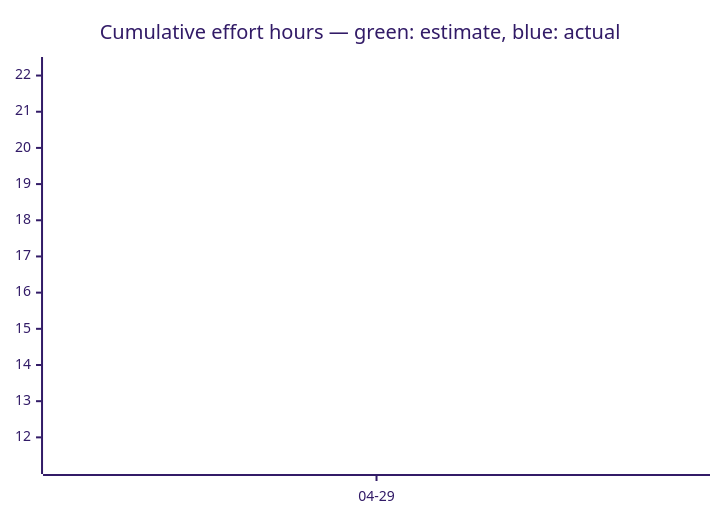
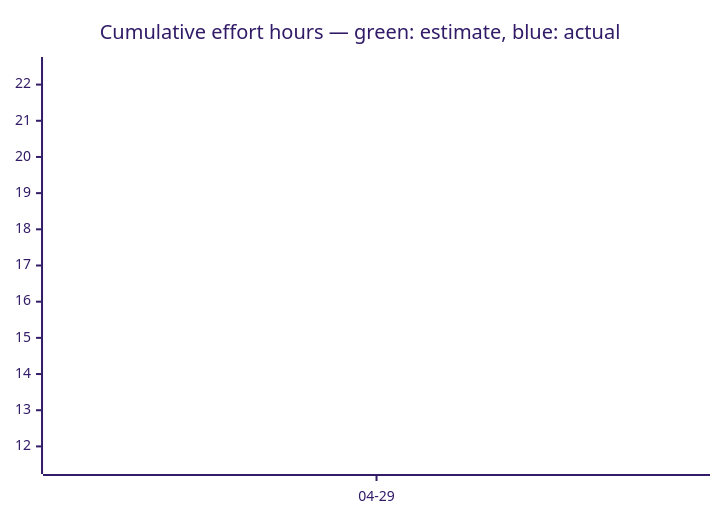
The third of 3 diagrams in docs/developers/tasks/OVERVIEW.md (tgd1975/AwesomeStudioPedal), drawn with Mermaid (forest theme) before and after one commit. The commit also changed other lines of this file and 5 other files, not shown here.

````diff
--- a/docs/developers/tasks/OVERVIEW.md
+++ b/docs/developers/tasks/OVERVIEW.md
@@ -38,7 +38,7 @@
 ```mermaid
 xychart-beta
     title "Cumulative effort hours — green: estimate, blue: actual"
     x-axis ["04-29"]
-    line [22.25]
-    line [11.25]
+    line [22.5]
+    line [11.5]
 ```
````
